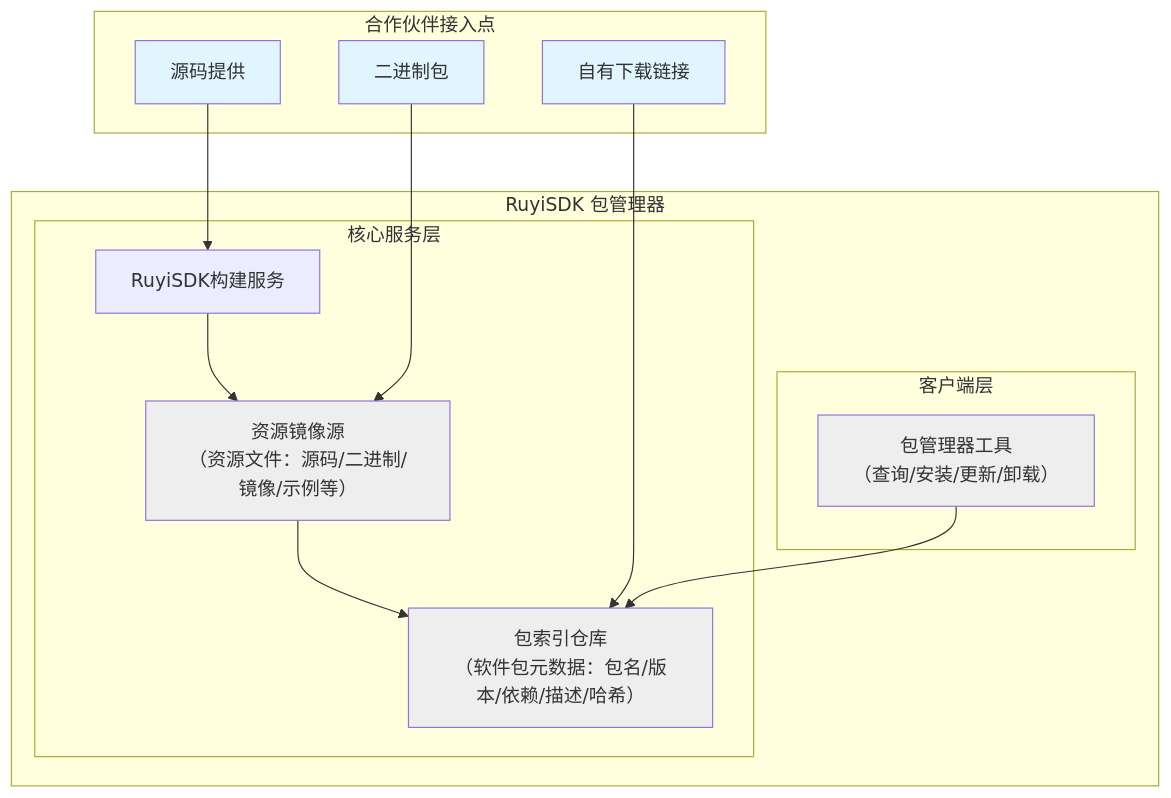
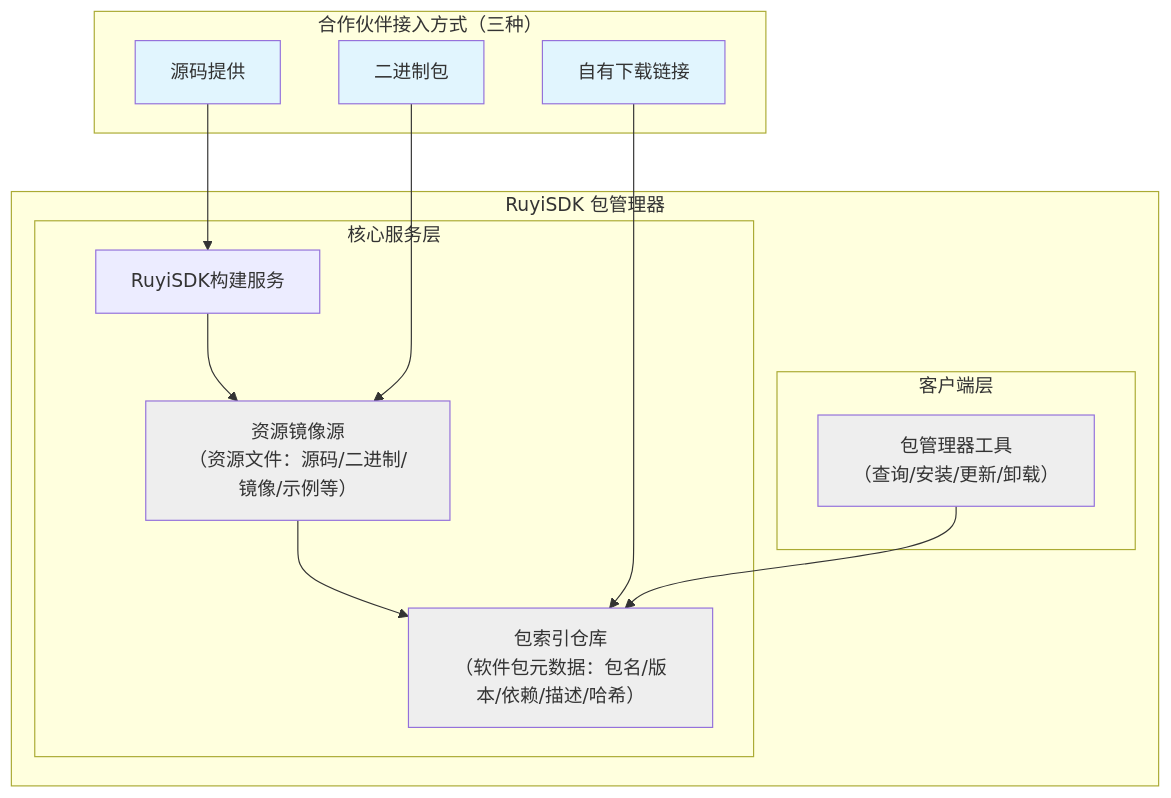
The diagram in cooperate/package.md (xijing21/ruyisdk-work), drawn with Mermaid before and after one commit. The commit also changed other lines of this file, not shown here.

````diff
--- a/cooperate/package.md
+++ b/cooperate/package.md
@@ -9,32 +21,32 @@
 ```mermaid
 graph TD
-    subgraph "合作伙伴接入点"
+    subgraph "合作伙伴接入方式（三种）"
         E[源码提供]
         F[二进制包]
         G[自有下载链接]
     end
     
     subgraph "RuyiSDK 包管理器"
         subgraph "核心服务层"
             D[RuyiSDK构建服务] --> A[资源镜像源<br/>（资源文件：源码/二进制/镜像/示例等）]
             A --> B[包索引仓库<br/>（软件包元数据：包名/版本/依赖/描述/哈希）]
         end
         
         subgraph "客户端层"
             C[包管理器工具<br/>（查询/安装/更新/卸载）]
         end
     end
     
     E --> D 
     F --> A
     G --> B
     C --> B
     
     style A fill:#eeeeee
     style B fill:#eeeeee
     style C fill:#eeeeee
     
     style E fill:#e1f5fe
     style F fill:#e1f5fe
     style G fill:#e1f5fe
 ```
````
